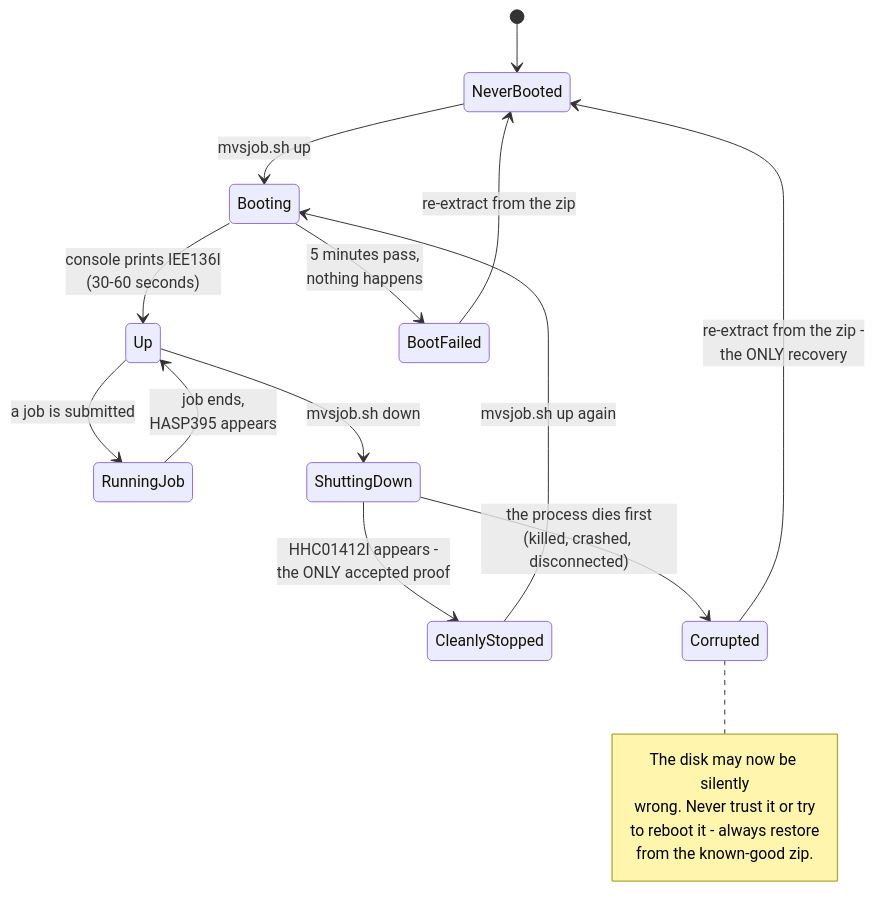
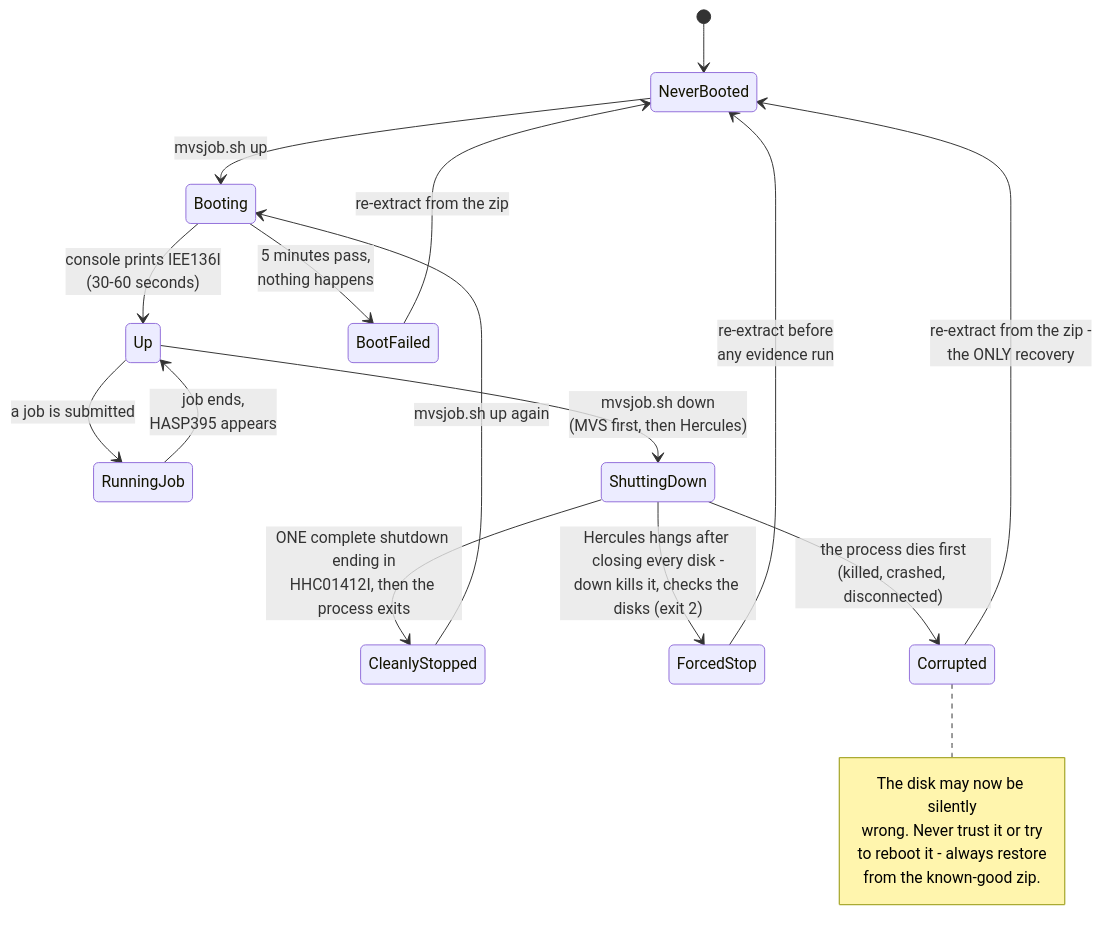
One commit to mertefesensoy/zbridge-asm-lab changed the second of 2 diagrams in docs/architecture/c4/sequence-state-object-diagrams.md. Above: the diagram before and after it, drawn with Mermaid. The commit also changed other lines of this file and 8 other files, not shown here.

First line of the commit message:
fix(runbook): mvsjob.sh down hung Hercules - shut MVS down first, stop trusting a lone HHC01412I

````diff
--- a/docs/architecture/c4/sequence-state-object-diagrams.md
+++ b/docs/architecture/c4/sequence-state-object-diagrams.md
@@ -145,26 +145,28 @@
 ```mermaid
 stateDiagram-v2
     [*] --> NeverBooted
 
     NeverBooted --> Booting: mvsjob.sh up
     Booting --> Up: console prints IEE136I<br/>(30-60 seconds)
     Booting --> BootFailed: 5 minutes pass,<br/>nothing happens
 
     Up --> RunningJob: a job is submitted
     RunningJob --> Up: job ends,<br/>HASP395 appears
 
-    Up --> ShuttingDown: mvsjob.sh down
-    ShuttingDown --> CleanlyStopped: HHC01412I appears -<br/>the ONLY accepted proof
+    Up --> ShuttingDown: mvsjob.sh down<br/>(MVS first, then Hercules)
+    ShuttingDown --> CleanlyStopped: ONE complete shutdown ending in<br/>HHC01412I, then the process exits
+    ShuttingDown --> ForcedStop: Hercules hangs after closing every disk -<br/>down kills it, checks the disks (exit 2)
     ShuttingDown --> Corrupted: the process dies first<br/>(killed, crashed, disconnected)
 
     CleanlyStopped --> Booting: mvsjob.sh up again
+    ForcedStop --> NeverBooted: re-extract before<br/>any evidence run
     BootFailed --> NeverBooted: re-extract from the zip
     Corrupted --> NeverBooted: re-extract from the zip -<br/>the ONLY recovery
 
     note right of Corrupted
         The disk may now be silently
         wrong. Never trust it or try
         to reboot it - always restore
         from the known-good zip.
     end note
 ```
````
